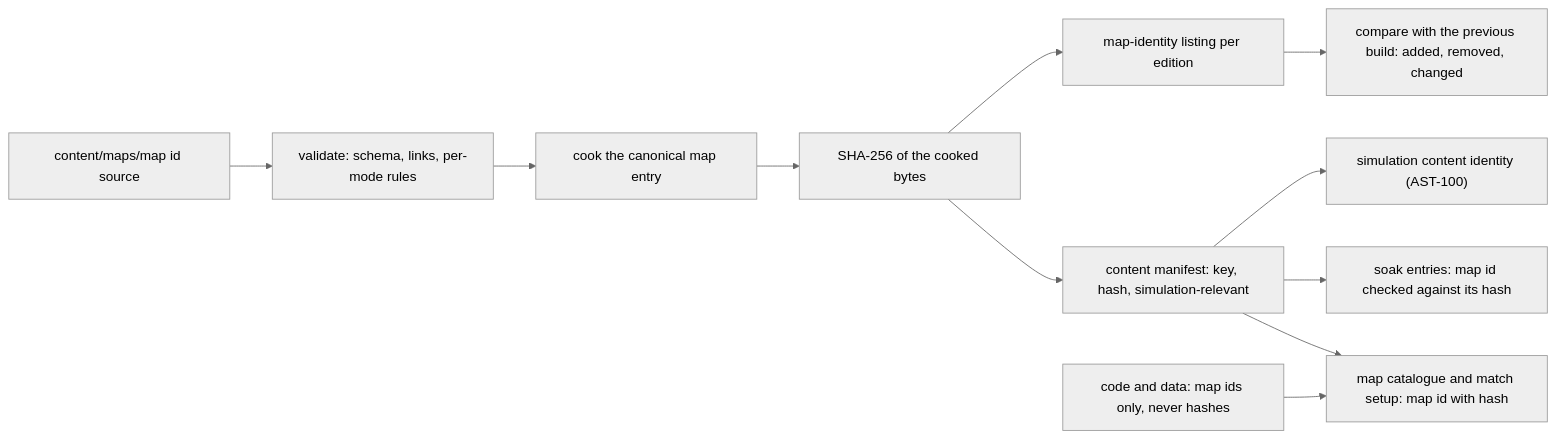
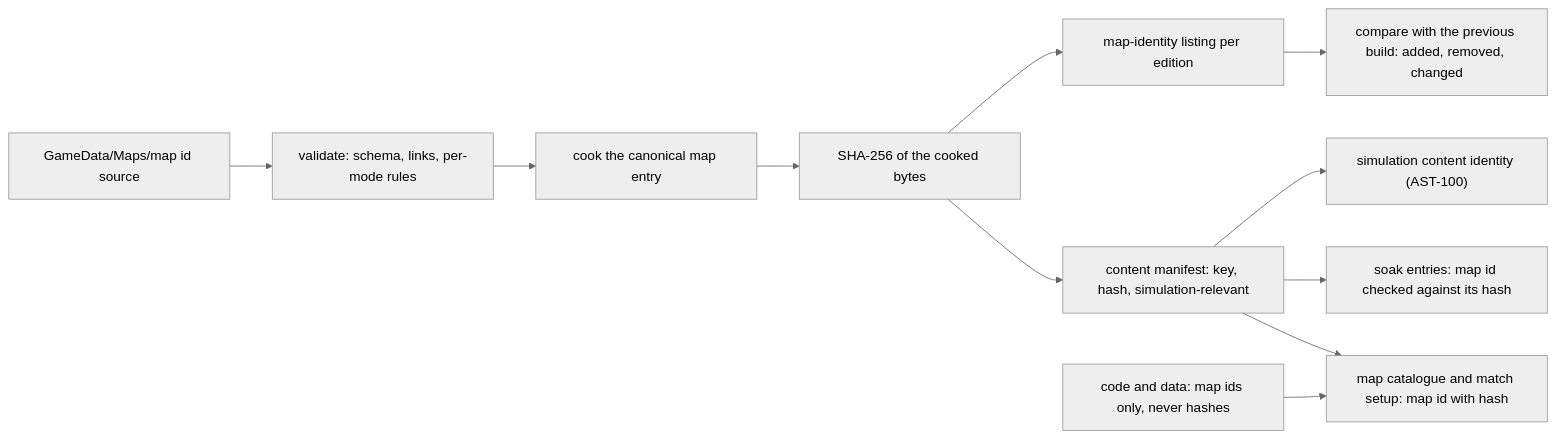
Before and after one commit to Zwaliebaba/Species.AI: the second of 3 diagrams in Design/architecture/components/build_tooling_and_distribution/content_and_localisation_build.md, drawn with Mermaid (neutral theme). The commit also changed 32 other files, not shown here.

````diff
--- a/Design/architecture/components/build_tooling_and_distribution/content_and_localisation_build.md
+++ b/Design/architecture/components/build_tooling_and_distribution/content_and_localisation_build.md
@@ -124,13 +124,13 @@
 ```mermaid
 flowchart LR
-  SRC["content/maps/map id source"] --> VAL["validate: schema, links, per-mode rules"]
+  SRC["GameData/Maps/map id source"] --> VAL["validate: schema, links, per-mode rules"]
   VAL --> COOK["cook the canonical map entry"]
   COOK --> H["SHA-256 of the cooked bytes"]
   H --> CM["content manifest: key, hash, simulation-relevant"]
   H --> LST["map-identity listing per edition"]
   LST --> CMP["compare with the previous build: added, removed, changed"]
   CM --> CAT["map catalogue and match setup: map id with hash"]
   CM --> SOAK["soak entries: map id checked against its hash"]
   CM --> SIM["simulation content identity (AST-100)"]
   CODE["code and data: map ids only, never hashes"] --> CAT
 ```
````
